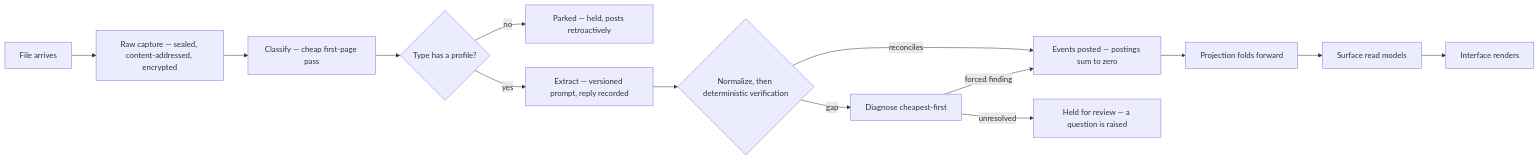
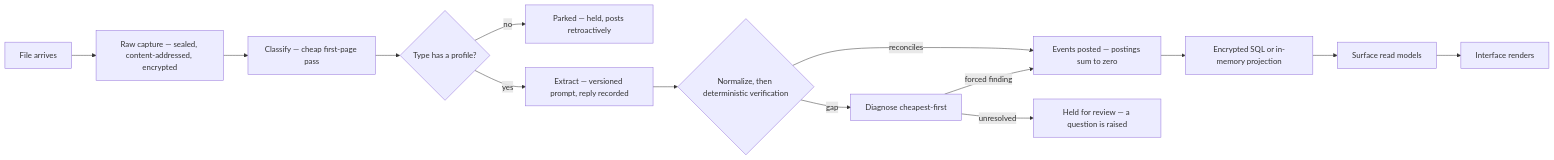
Before and after one commit to vishnuyar/orionviva: the first of 2 diagrams in docs/data-flow.md, drawn with Mermaid. The commit also changed other lines of this file and 150 other files, not shown here.

````diff
--- a/docs/data-flow.md
+++ b/docs/data-flow.md
@@ -57,16 +61,16 @@
 ```mermaid
 flowchart LR
     upload["File arrives"] --> raw["Raw capture — sealed, content-addressed, encrypted"]
     raw --> classify["Classify — cheap first-page pass"]
     classify --> registry{"Type has a profile?"}
     registry -- no --> parked["Parked — held, posts retroactively"]
     registry -- yes --> extract["Extract — versioned prompt, reply recorded"]
     extract --> verify{"Normalize, then deterministic verification"}
     verify -- reconciles --> post["Events posted — postings sum to zero"]
     verify -- gap --> diagnose["Diagnose cheapest-first"]
     diagnose -- forced finding --> post
     diagnose -- unresolved --> review["Held for review — a question is raised"]
-    post --> projection["Projection folds forward"]
+    post --> projection["Encrypted SQL or in-memory projection"]
     projection --> surface["Surface read models"]
     surface --> interface["Interface renders"]
 ```
````
